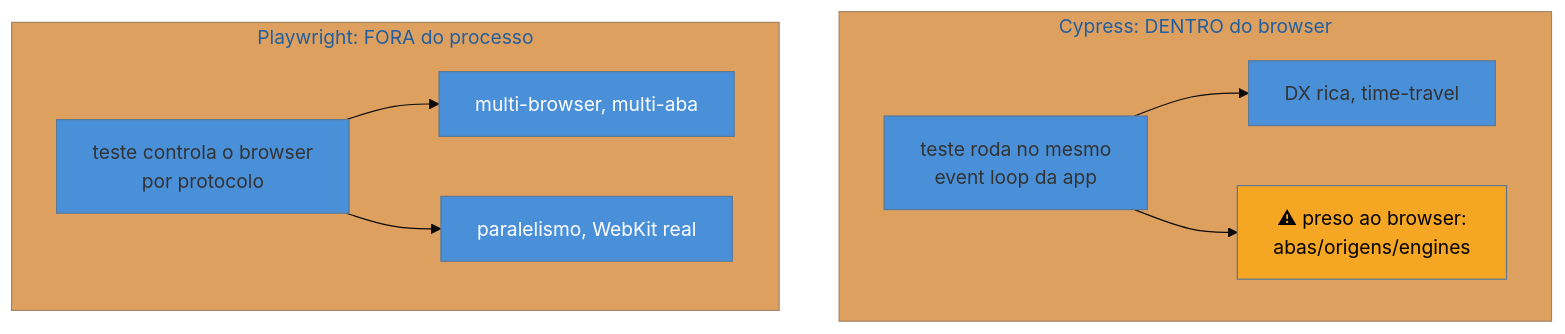
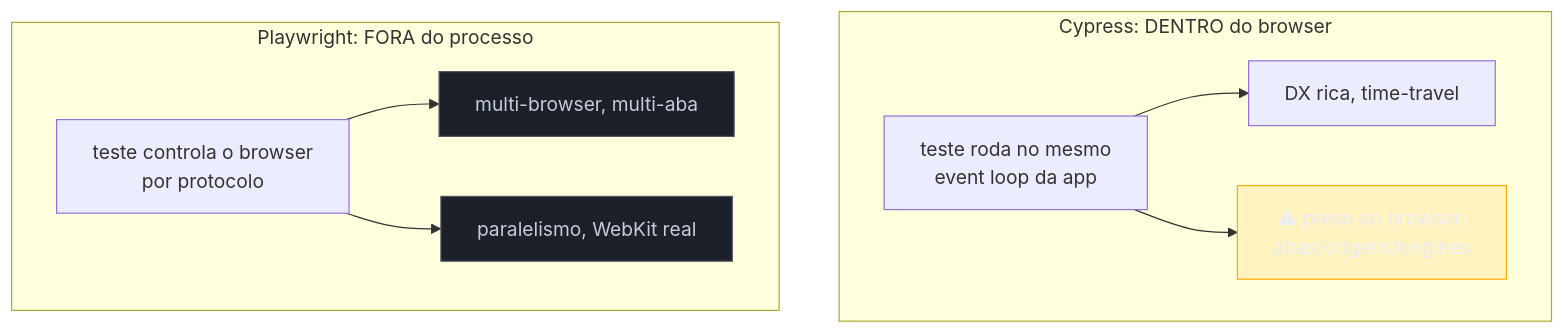
One commit to josenaldo/codex-technomanticus changed the diagram in 03-Dominios/Tecnologia/Testes JS/15 - Playwright vs Cypress.md. Above: the diagram before and after it, drawn with Mermaid. The commit also changed 1181 other files, not shown here.

First line of the commit message:
fix(diagramas): paleta do sistema no lugar de cor cravada no markdown

````diff
--- a/03-Dominios/Tecnologia/Testes JS/15 - Playwright vs Cypress.md
+++ b/03-Dominios/Tecnologia/Testes JS/15 - Playwright vs Cypress.md
@@ -27,15 +27,16 @@
 ```mermaid
-%%{init: {"theme": "base", "themeVariables": {"primaryColor": "#4A90D9"}}}%%
 graph TB
+    classDef destaque fill:#FFAA0024,stroke:#FFAA00,color:#E9ECF2
+    classDef neutro fill:#1B2029,stroke:#4E5666,color:#C6CCD8
     subgraph CY["Cypress: DENTRO do browser"]
         C1[teste roda no mesmo<br/>event loop da app] --> C2[DX rica, time-travel]
         C1 --> C3[⚠ preso ao browser:<br/>abas/origens/engines]
     end
     subgraph PW["Playwright: FORA do processo"]
         P1[teste controla o browser<br/>por protocolo] --> P2[multi-browser, multi-aba]
         P1 --> P3[paralelismo, WebKit real]
     end
-    style C3 fill:#F5A623,color:#000
-    style P2 fill:#4A90D9,color:#fff
-    style P3 fill:#4A90D9,color:#fff
+    class C3 destaque
+    class P2 neutro
+    class P3 neutro
 ```
````
